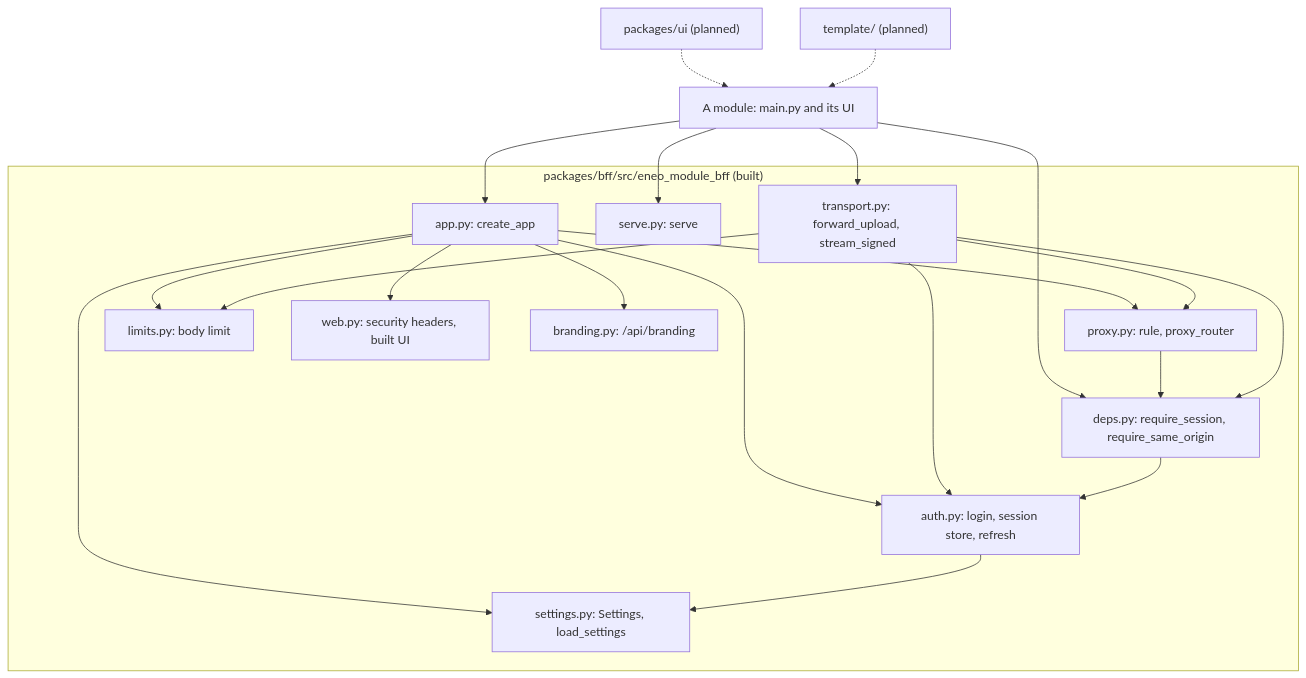
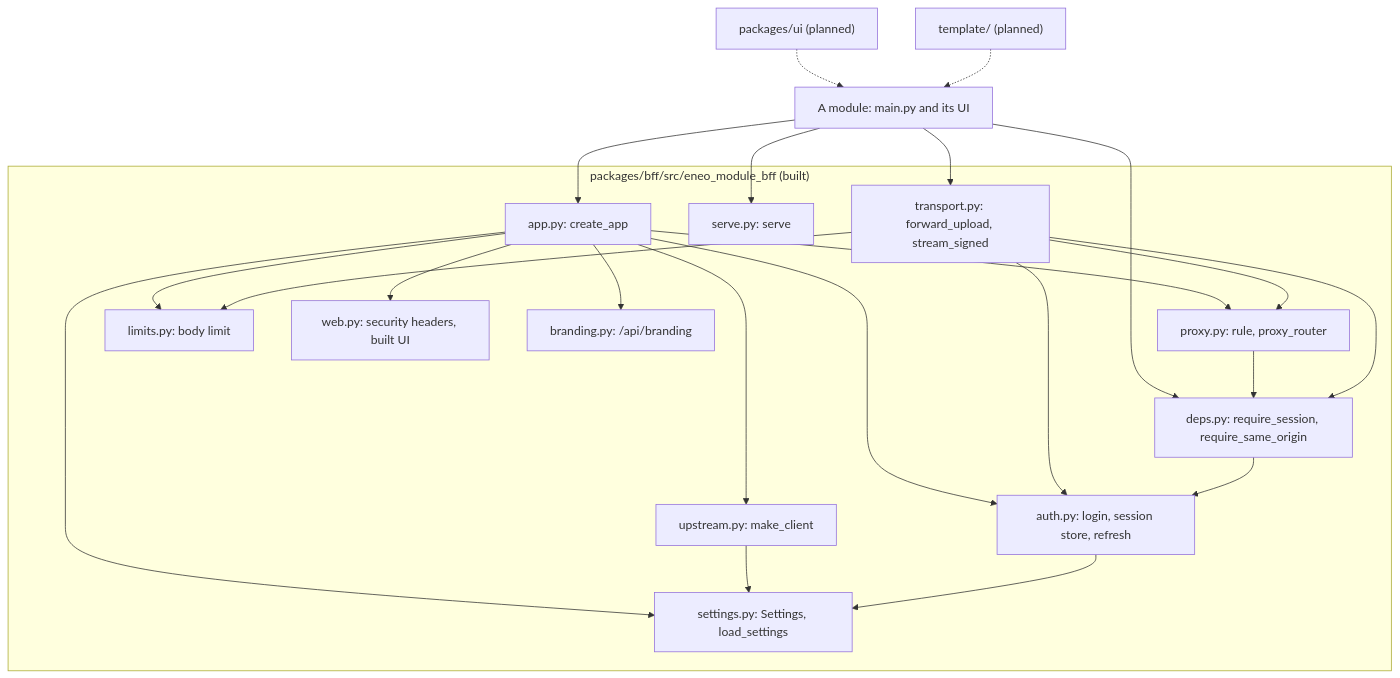
The first of 9 diagrams in docs/architecture.md (eneo-ai/eneo-module-kit), drawn with Mermaid before and after one commit. The commit also changed other lines of this file and 1 other file, not shown here.

Commit message:
docs(bff): the architecture and the agent map name upstream.py and the new tests

````diff
--- a/docs/architecture.md
+++ b/docs/architecture.md
@@ -24,37 +24,40 @@
 ```mermaid
 flowchart TB
   module["A module: main.py and its UI"]
   subgraph bff["packages/bff/src/eneo_module_bff (built)"]
     app["app.py: create_app"]
     serve["serve.py: serve"]
     deps["deps.py: require_session, require_same_origin"]
     transport["transport.py: forward_upload, stream_signed"]
     proxy["proxy.py: rule, proxy_router"]
     limits["limits.py: body limit"]
+    upstream["upstream.py: make_client"]
     auth["auth.py: login, session store, refresh"]
     web["web.py: security headers, built UI"]
     branding["branding.py: /api/branding"]
     settings["settings.py: Settings, load_settings"]
   end
   ui["packages/ui (planned)"]
   tpl["template/ (planned)"]
   module --> app
   module --> serve
   module --> deps
   module --> transport
   app --> auth
   app --> proxy
   app --> limits
   app --> web
   app --> branding
   app --> settings
+  app --> upstream
+  upstream --> settings
   proxy --> deps
   transport --> deps
   transport --> proxy
   transport --> limits
   transport --> auth
   deps --> auth
   auth --> settings
   ui -.-> module
   tpl -.-> module
 ```
````
